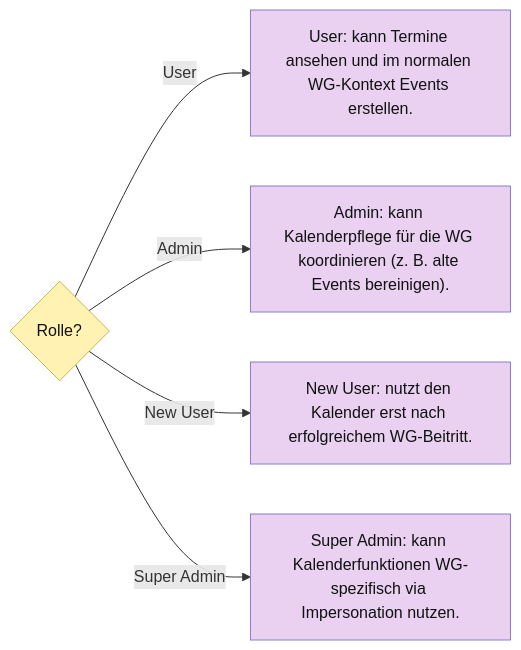
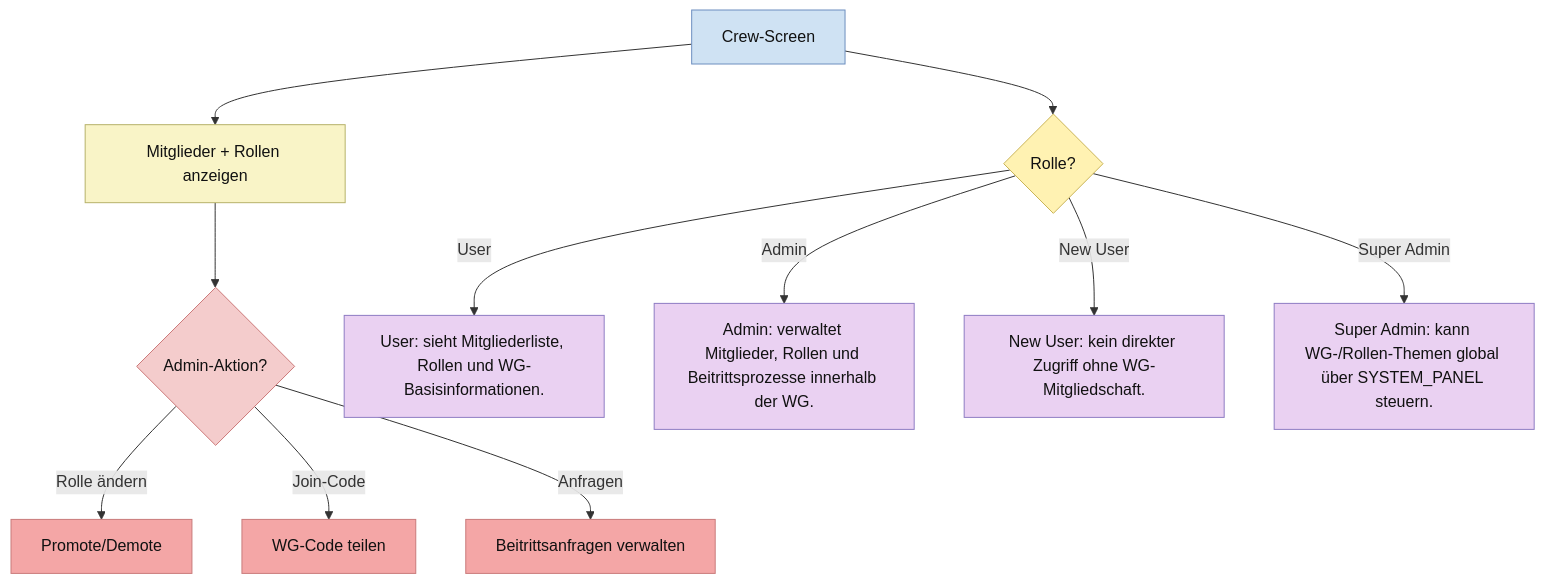
One commit to Nejy190501/WGManager changed diagram 11 of 27 in ABLAUFDIAGRAMM.md. Above: the diagram before and after it, drawn with Mermaid. The commit also changed other lines of this file, not shown here.

````diff
--- a/ABLAUFDIAGRAMM.md
+++ b/ABLAUFDIAGRAMM.md
@@ -432,23 +584,34 @@
 ```mermaid
-flowchart LR
-    R{"Rolle?"}
-    U["User: kann Termine ansehen und im normalen WG-Kontext Events erstellen."]
-    A["Admin: kann Kalenderpflege für die WG koordinieren (z. B. alte Events bereinigen)."]
-    N["New User: nutzt den Kalender erst nach erfolgreichem WG-Beitritt."]
-    S["Super Admin: kann Kalenderfunktionen WG-spezifisch via Impersonation nutzen."]
-    R -->|User| U
-    R -->|Admin| A
-    R -->|New User| N
-    R -->|Super Admin| S
+flowchart TD
+    A["Crew-Screen"] --> B["Mitglieder + Rollen anzeigen"]
+    B --> C{"Admin-Aktion?"}
+    C -->|Rolle ändern| D["Promote/Demote"]
+    C -->|Join-Code| E["WG-Code teilen"]
+    C -->|Anfragen| F["Beitrittsanfragen verwalten"]
+
+
+    A --> RLQ{"Rolle?"}
+    RLU["User: sieht Mitgliederliste, Rollen und WG-Basisinformationen."]
+    RLA["Admin: verwaltet Mitglieder, Rollen und Beitrittsprozesse innerhalb der WG."]
+    RLN["New User: kein direkter Zugriff ohne WG-Mitgliedschaft."]
+    RLS["Super Admin: kann WG-/Rollen-Themen global über SYSTEM_PANEL steuern."]
+    RLQ -->|User| RLU
+    RLQ -->|Admin| RLA
+    RLQ -->|New User| RLN
+    RLQ -->|Super Admin| RLS
 
     classDef userAction fill:#ead1f2,stroke:#8e7cc3,color:#111;
     classDef systemAction fill:#f9f4c7,stroke:#b7b26a,color:#111;
     classDef userDecision fill:#f4cccc,stroke:#cc7a7a,color:#111;
     classDef systemDecision fill:#fff2b2,stroke:#c9b458,color:#111;
     classDef button fill:#f4a6a6,stroke:#c97b7b,color:#111;
     classDef userInput fill:#f8d7da,stroke:#d49aa2,color:#111;
     classDef screen fill:#cfe2f3,stroke:#6c8ebf,color:#111;
 
-    class R systemDecision;
-    class U,A,N,S userAction;
+    class B systemAction;
+    class C userDecision;
+    class D,E,F button;
+    class A screen;
+    class RLQ systemDecision;
+    class RLU,RLA,RLN,RLS userAction;
 ```
````
